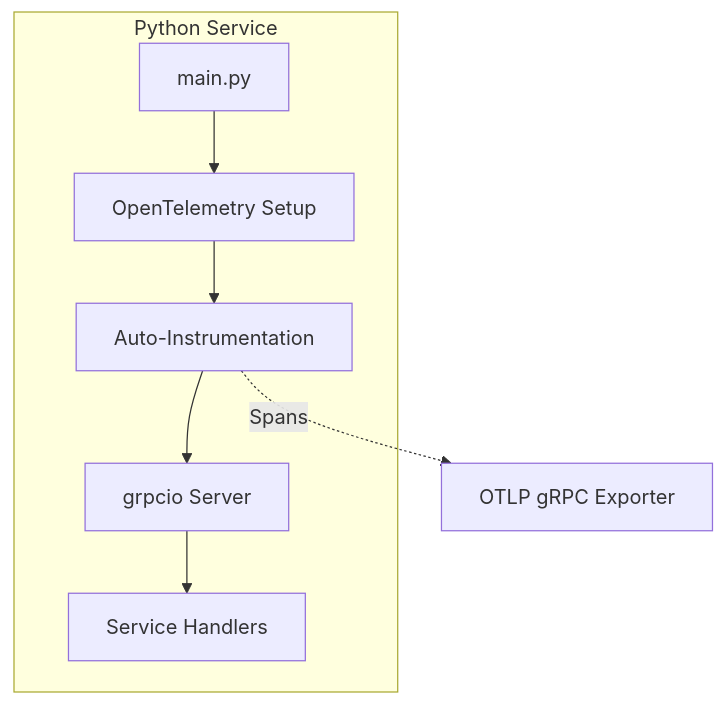
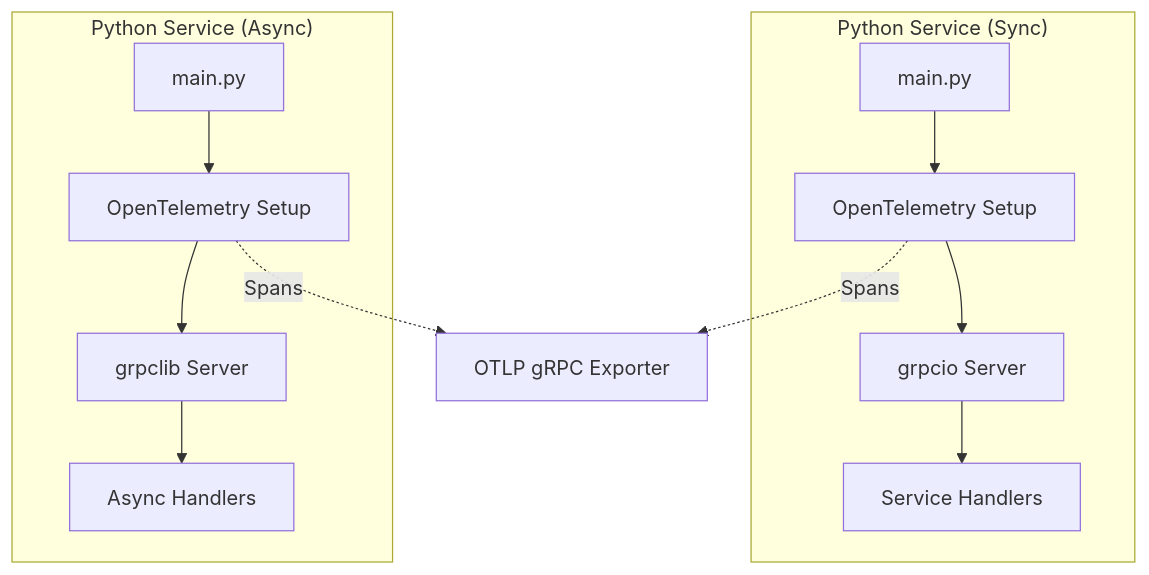
Before and after one commit to tordynnar/architecture_ideas: the tenth of 21 diagrams in ARCHITECTURE.md, drawn with Mermaid. The commit also changed other lines of this file, not shown here.

First line of the commit message:
Add C# implementation and Python sync/async variants

````diff
--- a/ARCHITECTURE.md
+++ b/ARCHITECTURE.md
@@ -491,17 +491,22 @@
 ```mermaid
 flowchart TB
-    subgraph "Python Service"
-        MAIN[main.py]
-        OTEL_INIT[OpenTelemetry Setup]
-        AUTO_INST[Auto-Instrumentation]
-        GRPC_SRV[grpcio Server]
-        HANDLER[Service Handlers]
+    subgraph "Python Service (Sync)"
+        MAIN_S[main.py]
+        OTEL_S[OpenTelemetry Setup]
+        GRPC_S[grpcio Server]
+        HANDLER_S[Service Handlers]
     end
 
-    MAIN --> OTEL_INIT
-    OTEL_INIT --> AUTO_INST
-    AUTO_INST --> GRPC_SRV
-    GRPC_SRV --> HANDLER
+    subgraph "Python Service (Async)"
+        MAIN_A[main.py]
+        OTEL_A[OpenTelemetry Setup]
+        GRPC_A[grpclib Server]
+        HANDLER_A[Async Handlers]
+    end
 
-    AUTO_INST -.->|Spans| EXPORTER[OTLP gRPC Exporter]
+    MAIN_S --> OTEL_S --> GRPC_S --> HANDLER_S
+    MAIN_A --> OTEL_A --> GRPC_A --> HANDLER_A
+
+    OTEL_S -.->|Spans| EXPORTER[OTLP gRPC Exporter]
+    OTEL_A -.->|Spans| EXPORTER
 ```
````
